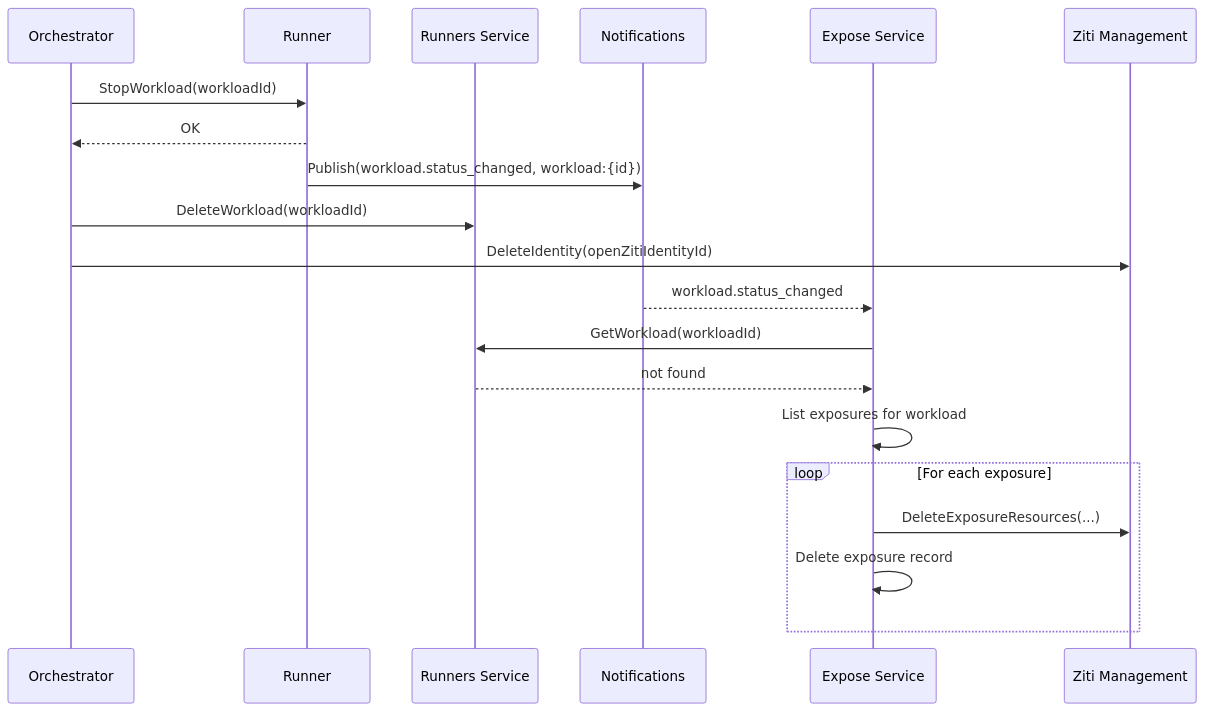
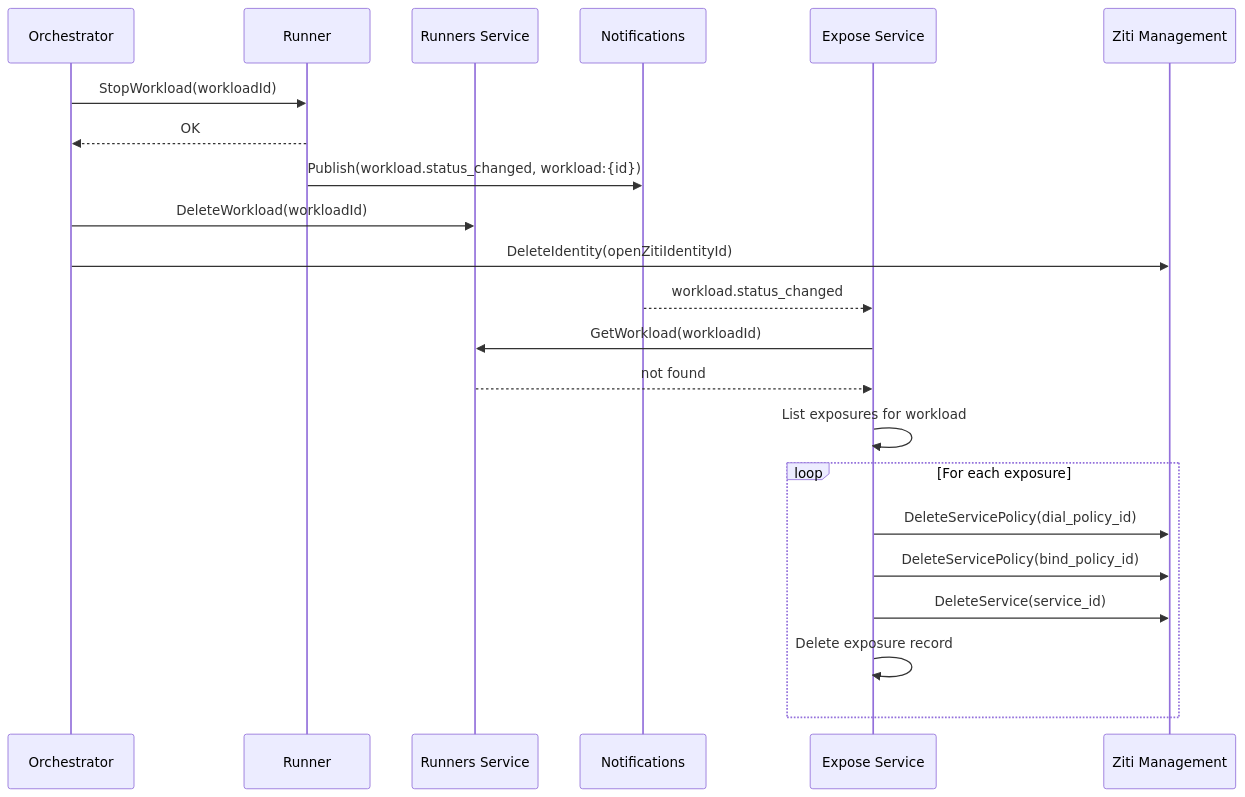
The fourth of 4 diagrams in architecture/expose-service.md (agynio/architecture), drawn with Mermaid before and after one commit. The commit also changed other lines of this file and 4 other files, not shown here.

````diff
--- a/architecture/expose-service.md
+++ b/architecture/expose-service.md
@@ -159,23 +166,25 @@
 ```mermaid
 sequenceDiagram
     participant O as Orchestrator
     participant R as Runner
     participant RS as Runners Service
     participant N as Notifications
     participant ES as Expose Service
     participant ZM as Ziti Management
 
     O->>R: StopWorkload(workloadId)
     R-->>O: OK
     R->>N: Publish(workload.status_changed, workload:{id})
     O->>RS: DeleteWorkload(workloadId)
     O->>ZM: DeleteIdentity(openZitiIdentityId)
     N-->>ES: workload.status_changed
     ES->>RS: GetWorkload(workloadId)
     RS-->>ES: not found
     ES->>ES: List exposures for workload
     loop For each exposure
-        ES->>ZM: DeleteExposureResources(...)
+        ES->>ZM: DeleteServicePolicy(dial_policy_id)
+        ES->>ZM: DeleteServicePolicy(bind_policy_id)
+        ES->>ZM: DeleteService(service_id)
         ES->>ES: Delete exposure record
     end
 ```
````
